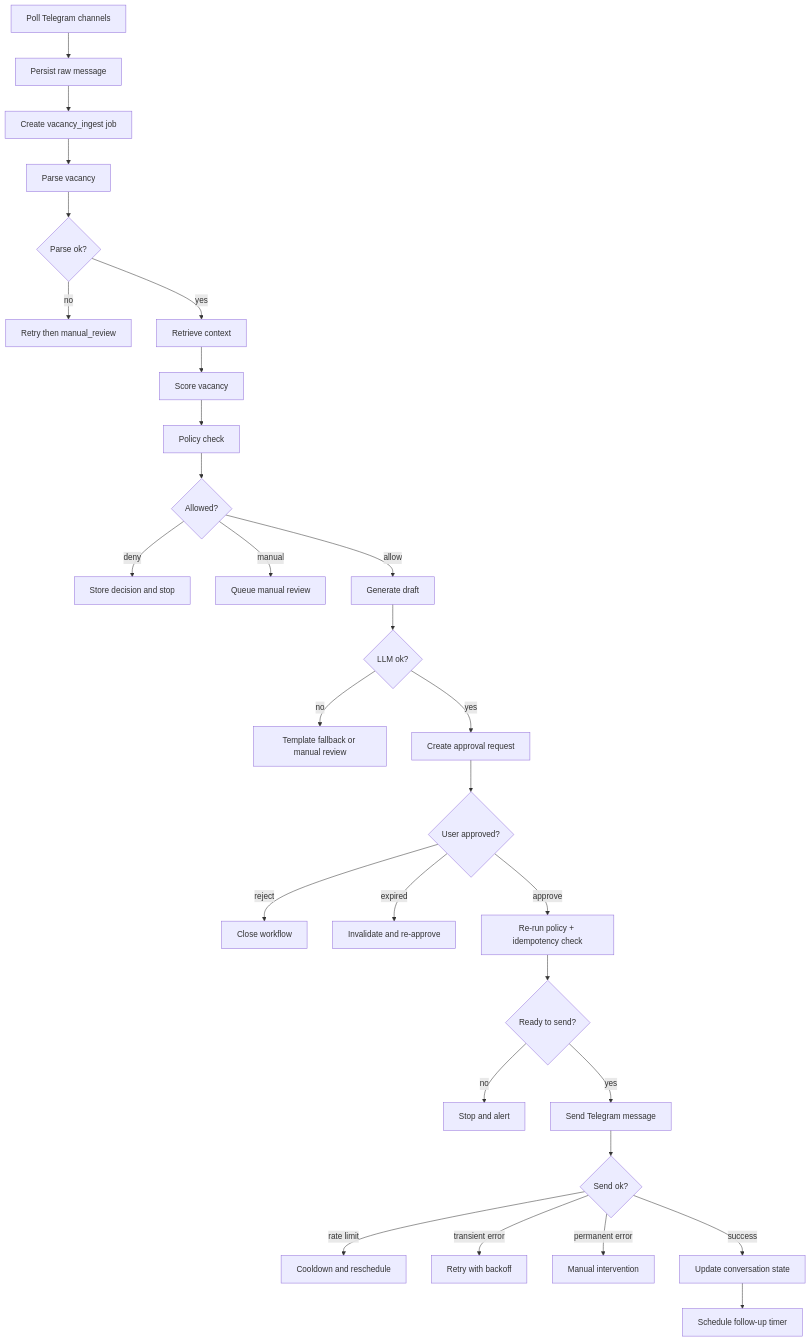
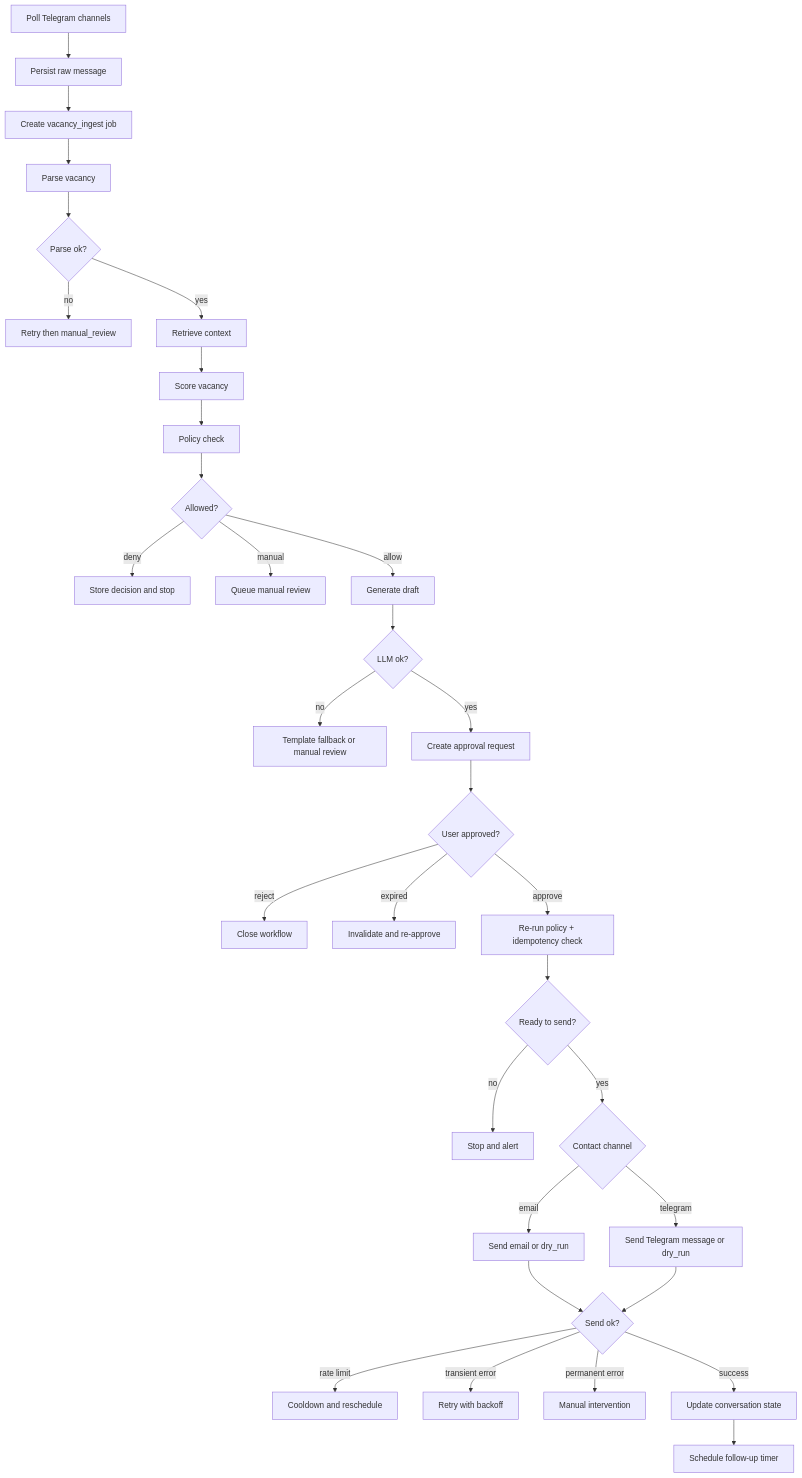
Before and after one commit to PeMikj/tg_outreach: the diagram in docs/diagrams/workflow.md, drawn with Mermaid. The commit also changed 18 other files, not shown here.

Commit message:
Upgrade PoC runtime to Postgres-first architecture

````diff
--- a/docs/diagrams/workflow.md
+++ b/docs/diagrams/workflow.md
@@ -3,31 +3,34 @@
 ```mermaid
 flowchart TD
     A[Poll Telegram channels] --> B[Persist raw message]
     B --> C[Create vacancy_ingest job]
     C --> D[Parse vacancy]
     D --> E{Parse ok?}
     E -- no --> E1[Retry then manual_review]
     E -- yes --> F[Retrieve context]
     F --> G[Score vacancy]
     G --> H[Policy check]
     H --> I{Allowed?}
     I -- deny --> I1[Store decision and stop]
     I -- manual --> I2[Queue manual review]
     I -- allow --> J[Generate draft]
     J --> K{LLM ok?}
     K -- no --> K1[Template fallback or manual review]
     K -- yes --> L[Create approval request]
     L --> M{User approved?}
     M -- reject --> M1[Close workflow]
     M -- expired --> M2[Invalidate and re-approve]
     M -- approve --> N[Re-run policy + idempotency check]
     N --> O{Ready to send?}
     O -- no --> O1[Stop and alert]
-    O -- yes --> P[Send Telegram message]
-    P --> Q{Send ok?}
+    O -- yes --> P{Contact channel}
+    P -- email --> P1[Send email or dry_run]
+    P -- telegram --> P2[Send Telegram message or dry_run]
+    P1 --> Q{Send ok?}
+    P2 --> Q{Send ok?}
     Q -- rate limit --> Q1[Cooldown and reschedule]
     Q -- transient error --> Q2[Retry with backoff]
     Q -- permanent error --> Q3[Manual intervention]
     Q -- success --> R[Update conversation state]
     R --> S[Schedule follow-up timer]
 ```
````
